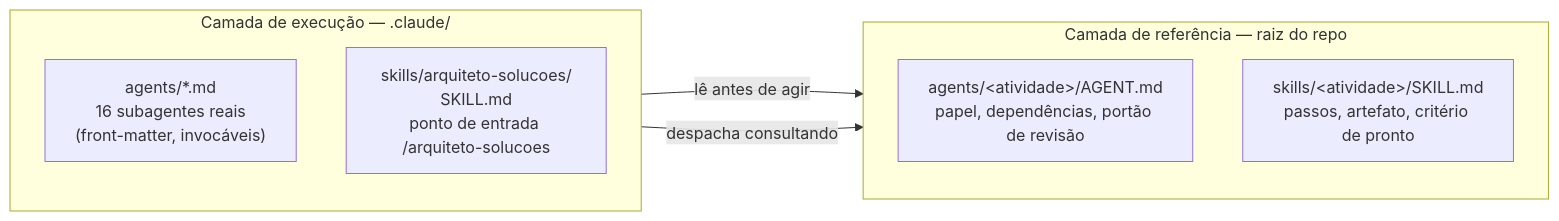
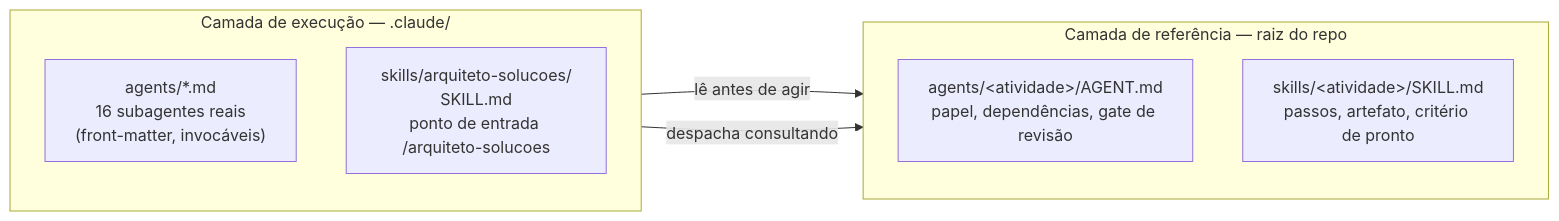
One commit to fabiopborges/solutions-architecture-jr changed the diagram in docs/diagrams/03-execucao-referencia.mmd. Above: the diagram before and after it, drawn with Mermaid. The commit also changed 28 other files, not shown here.

First line of the commit message:
Padroniza "gate" em vez de "portão" na documentação viva

```diff
--- a/docs/diagrams/03-execucao-referencia.mmd
+++ b/docs/diagrams/03-execucao-referencia.mmd
@@ -1,15 +1,15 @@
 flowchart LR
     subgraph EXEC["Camada de execução — .claude/"]
         direction TB
         E1["agents/*.md<br/>16 subagentes reais<br/>(front-matter, invocáveis)"]
         E2["skills/arquiteto-solucoes/<br/>SKILL.md<br/>ponto de entrada /arquiteto-solucoes"]
     end
 
     subgraph REF["Camada de referência — raiz do repo"]
         direction TB
-        R1["agents/&lt;atividade&gt;/AGENT.md<br/>papel, dependências, portão de revisão"]
+        R1["agents/&lt;atividade&gt;/AGENT.md<br/>papel, dependências, gate de revisão"]
         R2["skills/&lt;atividade&gt;/SKILL.md<br/>passos, artefato, critério de pronto"]
     end
 
     E1 -- "lê antes de agir" --> R1
     E2 -- "despacha consultando" --> R2
```
